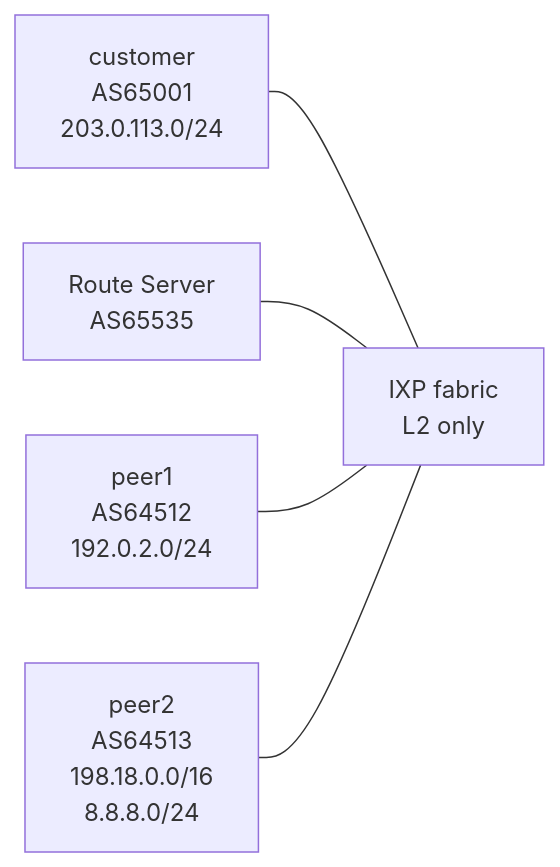
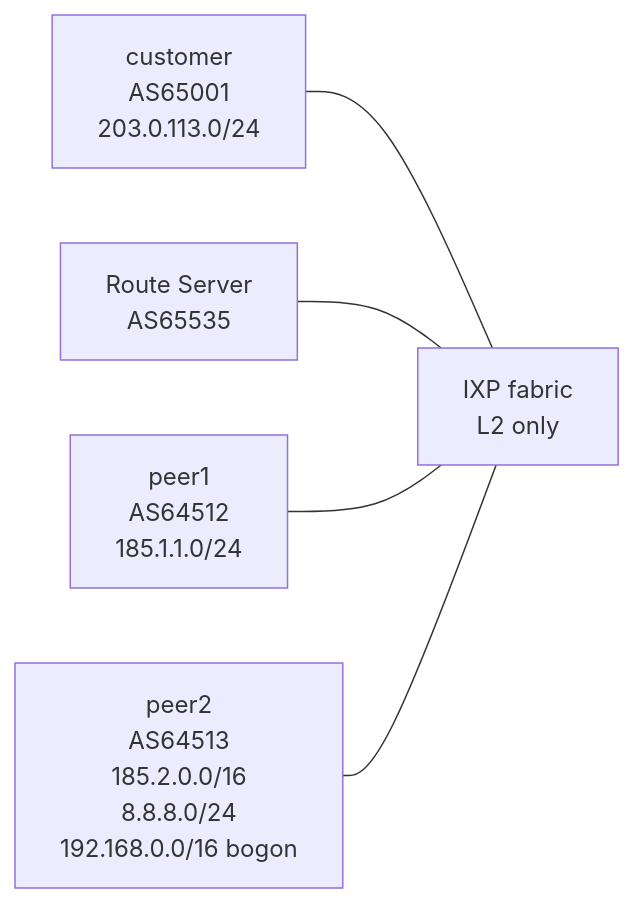
Before and after one commit to alukacs03/clauntainerlab: the diagram in labs/34-ebgp-upstream-at-scale/README.md, drawn with Mermaid. The commit also changed other lines of this file and 88 other files, not shown here.

````diff
--- a/labs/34-ebgp-upstream-at-scale/README.md
+++ b/labs/34-ebgp-upstream-at-scale/README.md
@@ -33,7 +33,7 @@
 ```mermaid
 graph LR
     customer[customer<br/>AS65001<br/>203.0.113.0/24] --- ixp[IXP fabric<br/>L2 only]
     rs[Route Server<br/>AS65535] --- ixp
-    peer1[peer1<br/>AS64512<br/>192.0.2.0/24] --- ixp
-    peer2[peer2<br/>AS64513<br/>198.18.0.0/16<br/>8.8.8.0/24] --- ixp
+    peer1[peer1<br/>AS64512<br/>185.1.1.0/24] --- ixp
+    peer2[peer2<br/>AS64513<br/>185.2.0.0/16<br/>8.8.8.0/24<br/>192.168.0.0/16 bogon] --- ixp
 ```
````
